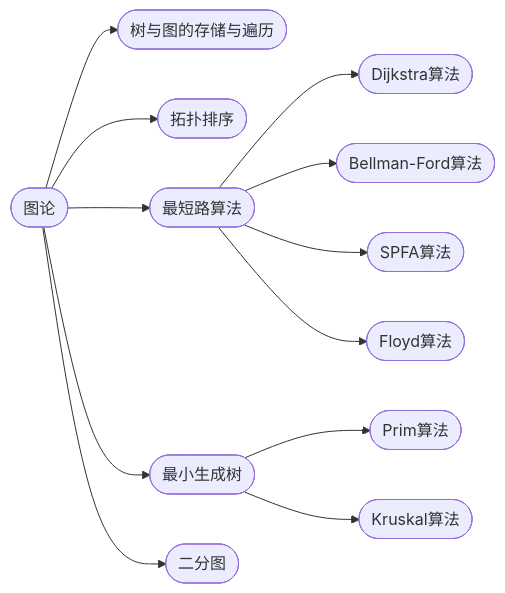
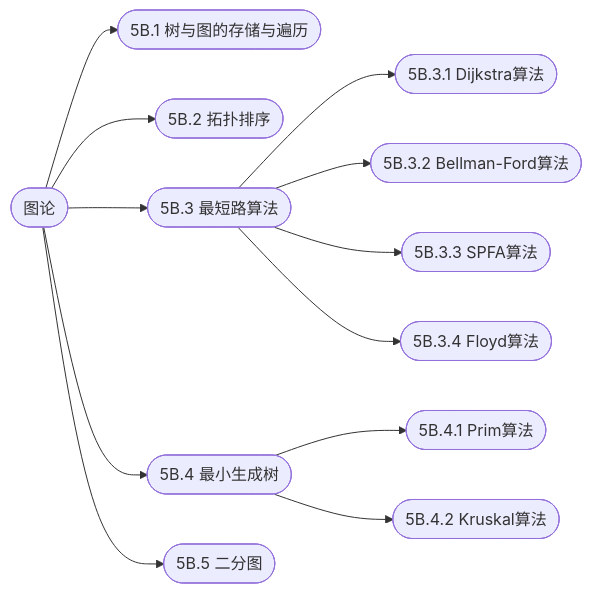
One commit to cuberxl/Coders-Note changed the diagram in 5B-图论/index.md. Above: the diagram before and after it, drawn with Mermaid. The commit also changed other lines of this file and 153 other files, not shown here.

````diff
--- a/5B-图论/index.md
+++ b/5B-图论/index.md
@@ -25,15 +25,15 @@
 ```mermaid
 flowchart LR
     R(["图论"])
-    R --> N1(["树与图的存储与遍历"])
-    R --> N2(["拓扑排序"])
-    R --> N3(["最短路算法"])
-    N3 --> N3_1(["Dijkstra算法"])
-    N3 --> N3_2(["Bellman-Ford算法"])
-    N3 --> N3_3(["SPFA算法"])
-    N3 --> N3_4(["Floyd算法"])
-    R --> N4(["最小生成树"])
-    N4 --> N4_1(["Prim算法"])
-    N4 --> N4_2(["Kruskal算法"])
-    R --> N5(["二分图"])
+    R --> N1(["5B.1 树与图的存储与遍历"])
+    R --> N2(["5B.2 拓扑排序"])
+    R --> N3(["5B.3 最短路算法"])
+    N3 --> N3_1(["5B.3.1 Dijkstra算法"])
+    N3 --> N3_2(["5B.3.2 Bellman-Ford算法"])
+    N3 --> N3_3(["5B.3.3 SPFA算法"])
+    N3 --> N3_4(["5B.3.4 Floyd算法"])
+    R --> N4(["5B.4 最小生成树"])
+    N4 --> N4_1(["5B.4.1 Prim算法"])
+    N4 --> N4_2(["5B.4.2 Kruskal算法"])
+    R --> N5(["5B.5 二分图"])
 ```
````
